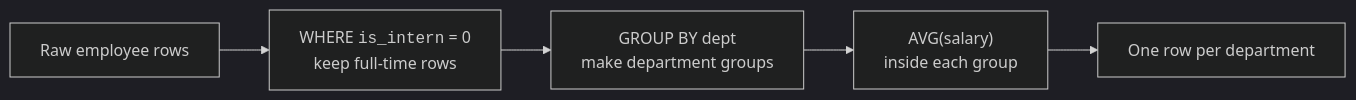
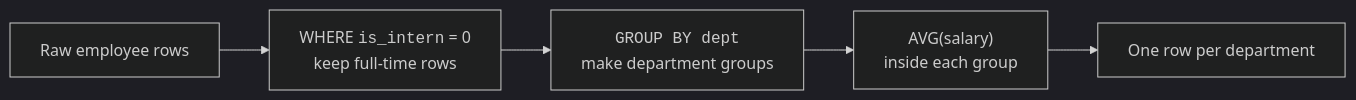
Before and after one commit to dataslope/dataslope: the fifth of 5 diagrams in content/learn/sqlite-for-beginners/grouping-data.mdx, drawn with Mermaid (dark theme). The commit also changed other lines of this file and 56 other files, not shown here.

````diff
--- a/content/learn/sqlite-for-beginners/grouping-data.mdx
+++ b/content/learn/sqlite-for-beginners/grouping-data.mdx
@@ -279,7 +279,7 @@
 ```mermaid
 flowchart LR
     Raw["Raw employee rows"] --> Where["WHERE <code>is_intern</code> = 0<br/>keep full-time rows"]
-    Where --> Group["GROUP BY dept<br/>make department groups"]
+    Where --> Group["<code>GROUP BY dept</code><br/>make department groups"]
     Group --> Avg["AVG(salary)<br/>inside each group"]
     Avg --> Result["One row per department"]
 ```
````
